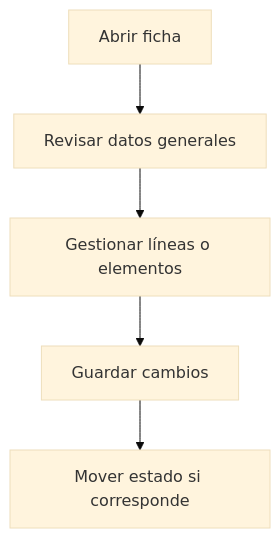
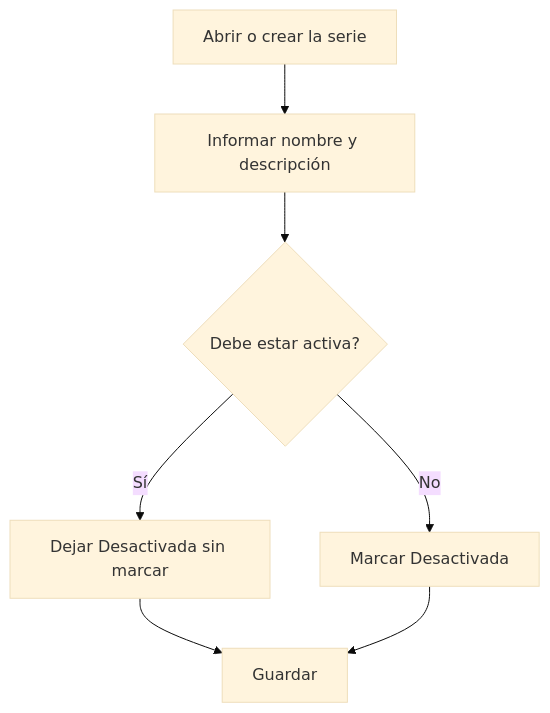
One commit to MGurtD/lilith changed the diagram in frontend/src/help/es/purchase/invoiceserie/detail.md. Above: the diagram before and after it, drawn with Mermaid (base theme). The commit also changed other lines of this file and 331 other files, not shown here.

````diff
--- a/frontend/src/help/es/purchase/invoiceserie/detail.md
+++ b/frontend/src/help/es/purchase/invoiceserie/detail.md
@@ -33,7 +39,9 @@
 ```mermaid
 flowchart TD
-    A[Abrir ficha] --> B[Revisar datos generales]
-    B --> C[Gestionar líneas o elementos]
-    C --> D[Guardar cambios]
-    D --> E[Mover estado si corresponde]
+    A[Abrir o crear la serie] --> B[Informar nombre y descripción]
+    B --> C{Debe estar activa?}
+    C -->|Sí| D[Dejar Desactivada sin marcar]
+    C -->|No| E[Marcar Desactivada]
+    D --> F[Guardar]
+    E --> F
 ```
````
